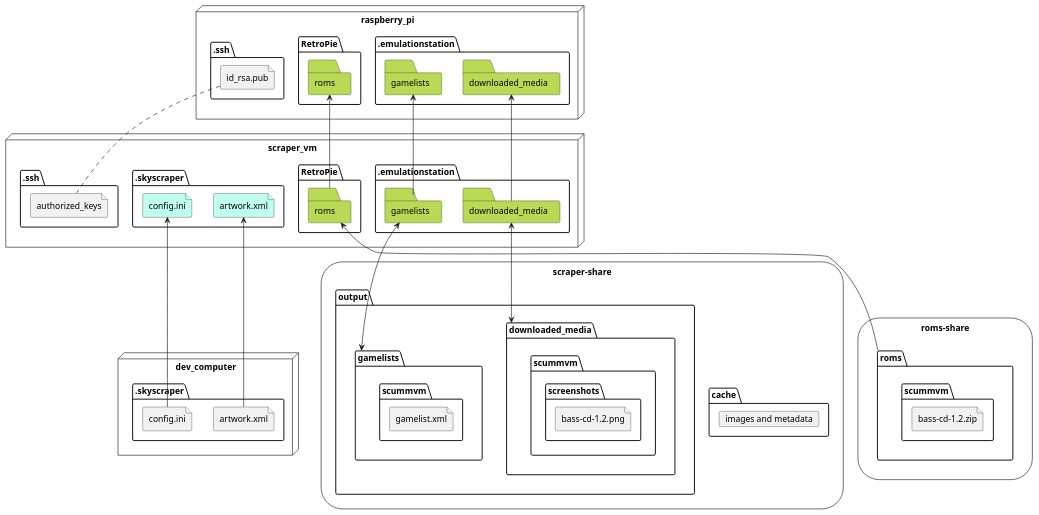
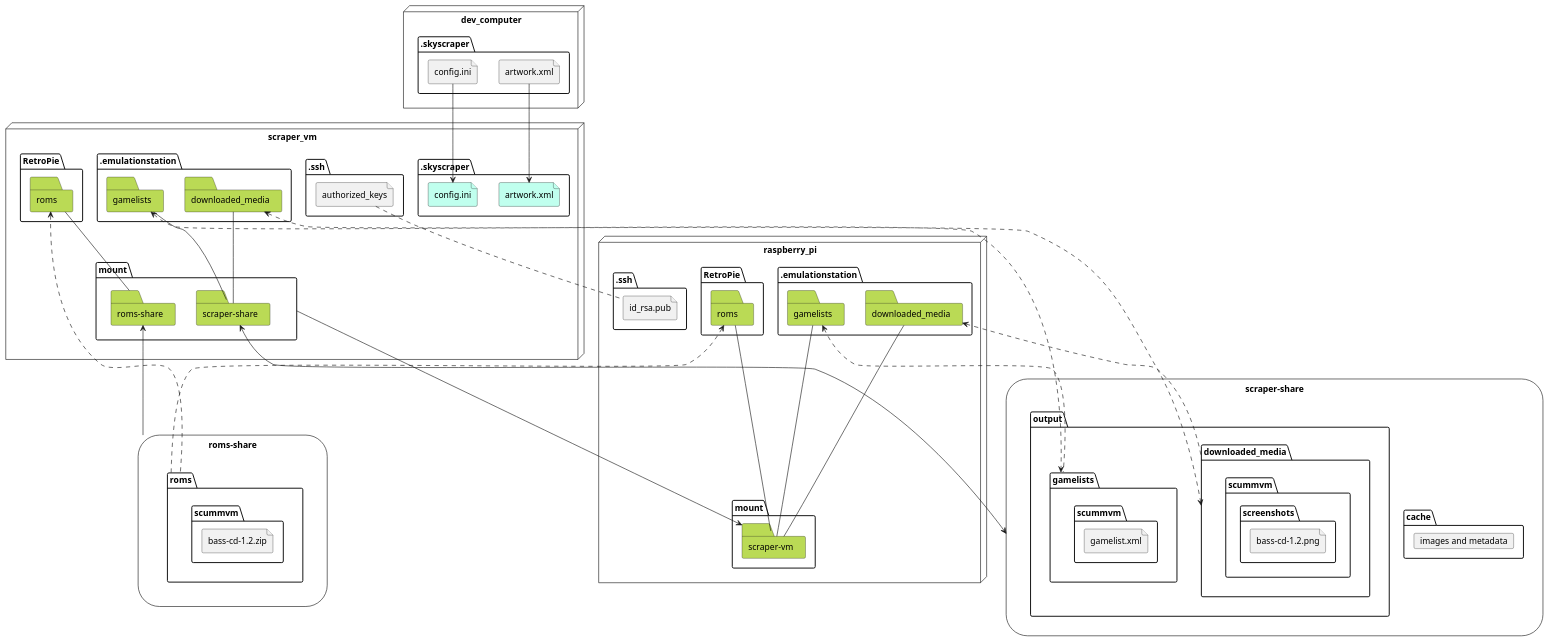
Before and after one commit to seriema/retro-cloud: the diagram in filestructure.plantuml, drawn with PlantUML. The commit also changed 1 other file, not shown here.

```diff
--- a/filestructure.plantuml
+++ b/filestructure.plantuml
@@ -1,80 +1,107 @@
 @startuml filestructure
 
-storage roms-share {
+storage "roms-share" as roms_share {
     folder roms as roms_roms {
         folder "scummvm" as roms_scummvm {
             file "bass-cd-1.2.zip"
         }
     }
 }
 
-storage scraper-share {
+storage "scraper-share" as scraper_share {
     folder cache {
         card "images and metadata"
     }
     folder output {
         folder downloaded_media as scraper_downloadedmedia {
             folder "scummvm" as scraper_downloadedmedia_scummvm {
                 folder screenshots {
                     file "bass-cd-1.2.png"
                 }
             }
         }
         folder gamelists as scraper_gamelists {
             folder "scummvm" as scraper_gamelists_scummvm {
                 file "gamelist.xml"
             }
         }
     }
 }
 
 node raspberry_pi {
     folder ".emulationstation" as raspberrypi_emulationstation {
         folder downloaded_media as raspberrypi_downloaded_media #BADA55
         folder gamelists as raspberrypi_gamelists #BADA55
     }
     folder RetroPie as raspberrpi_retropie {
         folder roms as raspberrypi_roms #BADA55
     }
     folder ".ssh" as raspberrypi_ssh {
         file "id_rsa.pub" as id_rsa
     }
+    folder mount as raspberrypi_mount {
+        folder "scraper-vm" as raspberrypi_scrapervm #BADA55
+    }
 }
 
 node scraper_vm {
     folder ".skyscraper" as scrapervm_skyscraper {
         file "artwork.xml" as scrapervm_artwork #C0FFEE 
         file "config.ini" as scrapervm_config #C0FFEE
     }
     folder ".emulationstation" as scrapervm_emulationstation {
         folder downloaded_media as scrapervm_downloaded_media #BADA55
         folder gamelists as scrapervm_gamelists #BADA55
     }
     folder "RetroPie" as scrapervm_retropie {
         folder roms as scrapervm_roms #BADA55
     }
     folder ".ssh" {
         file authorized_keys
     }
+    folder mount as scrapervm_mount {
+        folder "scraper-share" as scrapervm_scrapershare #BADA55
+        folder "roms-share" as scrapervm_romsshare #BADA55
+    }
 }
 
 node dev_computer {
     folder ".skyscraper" as dev_skyscraper {
         file "artwork.xml" as dev_artwork
         file "config.ini" as dev_config
     }
 }
 
-scrapervm_artwork <-- dev_artwork
-scrapervm_config <-- dev_config
+' DEV COMPUTER
+' files to send at setup
+dev_artwork --> scrapervm_artwork 
+dev_config --> scrapervm_config
 
-raspberrypi_gamelists <-- scrapervm_gamelists
-raspberrypi_downloaded_media <-- scrapervm_downloaded_media
-raspberrypi_roms <-- scrapervm_roms
+' RASPBERRY PI
+' relation
 authorized_keys .. id_rsa
+' mounts
+raspberrypi_scrapervm <-- scrapervm_mount
+' symlinks
+raspberrypi_gamelists -- raspberrypi_scrapervm
+raspberrypi_downloaded_media -- raspberrypi_scrapervm
+raspberrypi_roms -- raspberrypi_scrapervm
+' actual dependencies
+raspberrypi_gamelists <.. scraper_gamelists
+raspberrypi_downloaded_media <.. scraper_downloadedmedia
+raspberrypi_roms <.. roms_roms
 
-scrapervm_gamelists <--> scraper_gamelists
-scrapervm_downloaded_media <--> scraper_downloadedmedia
-scrapervm_roms <-- roms_roms
+' SCRAPER VM
+' mounts
+scrapervm_scrapershare <--> scraper_share
+scrapervm_romsshare <-- roms_share
+' symlinks
+scrapervm_gamelists -- scrapervm_scrapershare
+scrapervm_downloaded_media -- scrapervm_scrapershare
+scrapervm_roms -- scrapervm_romsshare
+' actual dependencies
+scrapervm_gamelists <..> scraper_gamelists
+scrapervm_downloaded_media <..> scraper_downloadedmedia
+scrapervm_roms <.. roms_roms
 
 @enduml
```
